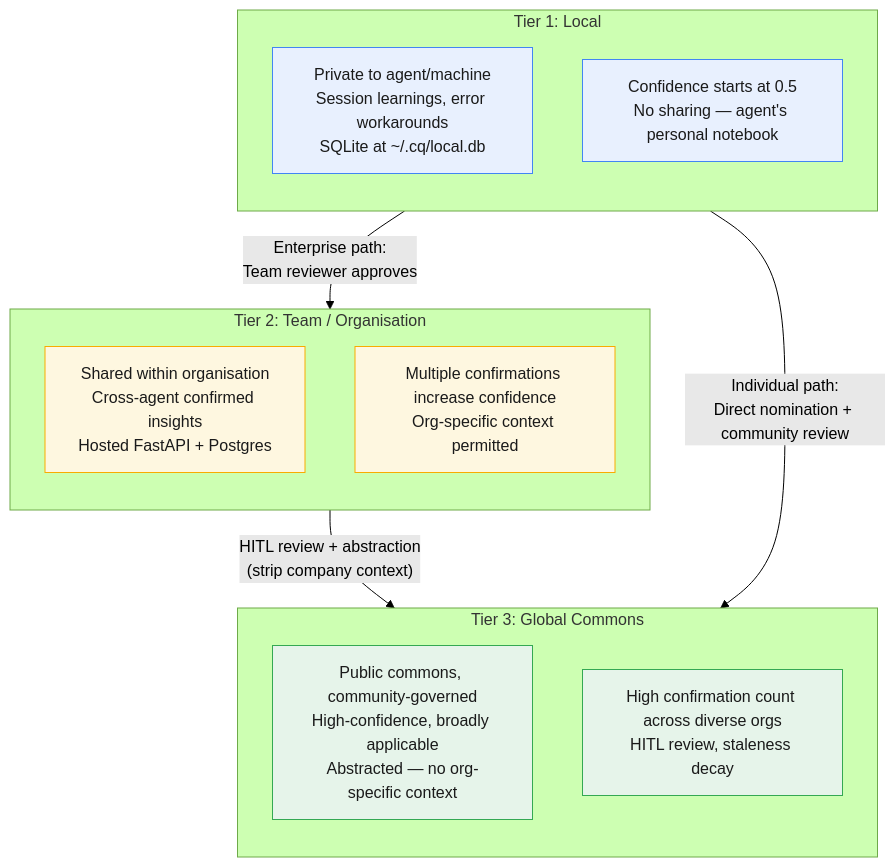
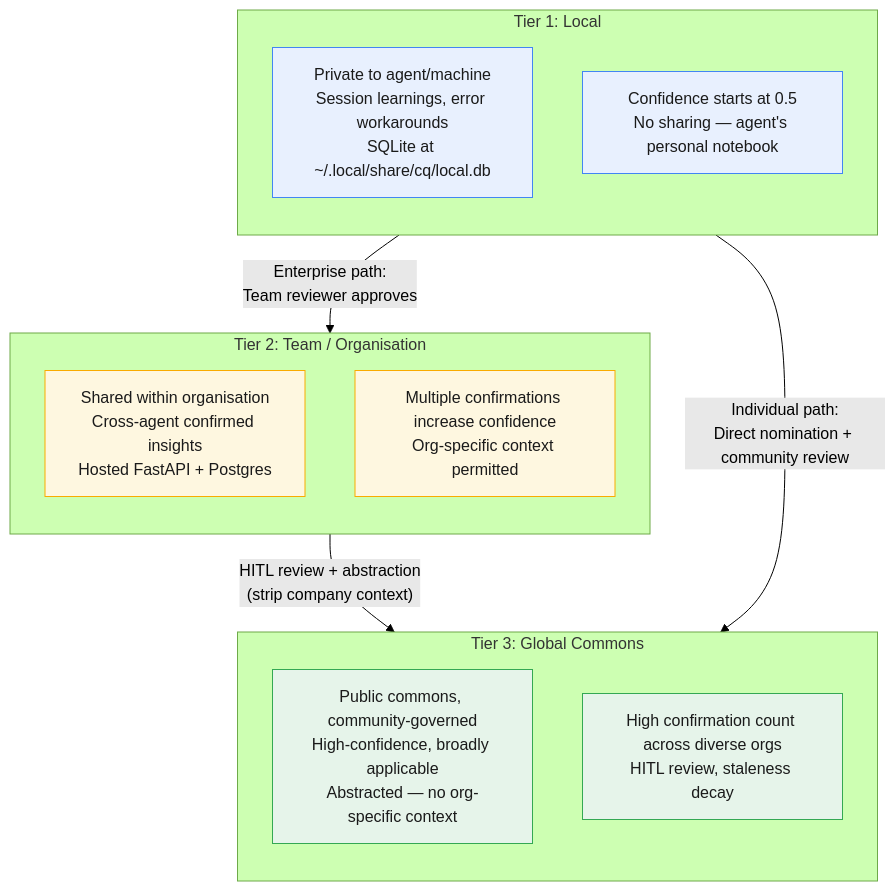
Before and after one commit to mozilla-ai/cq: the third of 8 diagrams in docs/architecture.md, drawn with Mermaid (forest theme). The commit also changed other lines of this file and 6 other files, not shown here.

````diff
--- a/docs/architecture.md
+++ b/docs/architecture.md
@@ -104,32 +104,32 @@
 ```mermaid
 flowchart TB
     subgraph local["Tier 1: Local"]
         direction TB
-        l_desc["Private to agent/machine\nSession learnings, error workarounds\nSQLite at ~/.cq/local.db"]
+        l_desc["Private to agent/machine\nSession learnings, error workarounds\nSQLite at ~/.local/share/cq/local.db"]
         l_conf["Confidence starts at 0.5\nNo sharing — agent's personal notebook"]
     end
 
     subgraph team["Tier 2: Team / Organisation"]
         direction TB
         t_desc["Shared within organisation\nCross-agent confirmed insights\nHosted FastAPI + Postgres"]
         t_conf["Multiple confirmations increase confidence\nOrg-specific context permitted"]
     end
 
     subgraph global["Tier 3: Global Commons"]
         direction TB
         g_desc["Public commons, community-governed\nHigh-confidence, broadly applicable\nAbstracted — no org-specific context"]
         g_conf["High confirmation count across diverse orgs\nHITL review, staleness decay"]
     end
 
     local -->|"Enterprise path:\nTeam reviewer approves"| team
     team -->|"HITL review + abstraction\n(strip company context)"| global
     local -->|"Individual path:\nDirect nomination + community review"| global
 
     classDef localStyle fill:#e8f0fe,stroke:#4285f4,color:#1a1a1a
     classDef teamStyle fill:#fef7e0,stroke:#f9ab00,color:#1a1a1a
     classDef globalStyle fill:#e6f4ea,stroke:#34a853,color:#1a1a1a
 
     class l_desc,l_conf localStyle
     class t_desc,t_conf teamStyle
     class g_desc,g_conf globalStyle
 ```
````
